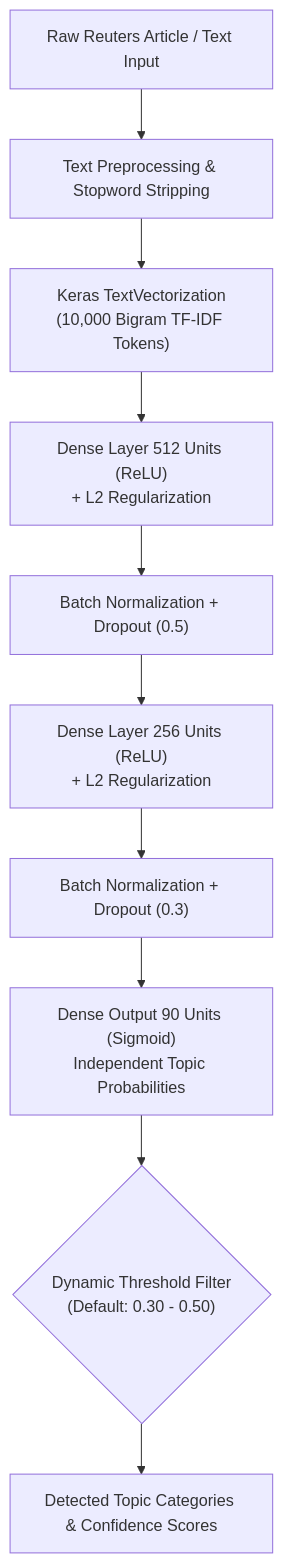
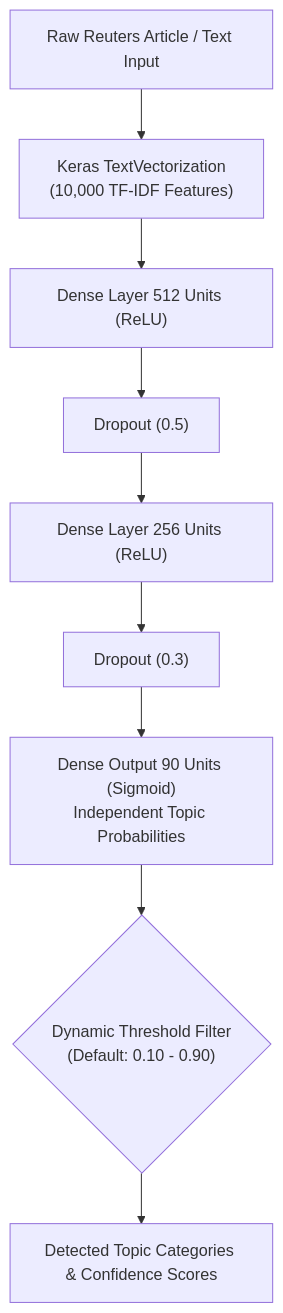
Before and after one commit to sekharjadeja/Reuters_ANN: the diagram in README.md, drawn with Mermaid. The commit also changed other lines of this file and 9 other files, not shown here.

Commit message:
Fix startup crash, export IDF weights, uncap UI predictions, and align architecture docs

````diff
--- a/README.md
+++ b/README.md
@@ -57,12 +57,11 @@
 ```mermaid
 flowchart TD
-    A["Raw Reuters Article / Text Input"] --> B["Text Preprocessing & Stopword Stripping"]
-    B --> C["Keras TextVectorization<br/>(10,000 Bigram TF-IDF Tokens)"]
-    C --> D["Dense Layer 512 Units (ReLU)<br/>+ L2 Regularization"]
-    D --> E["Batch Normalization + Dropout (0.5)"]
-    E --> F["Dense Layer 256 Units (ReLU)<br/>+ L2 Regularization"]
-    F --> G["Batch Normalization + Dropout (0.3)"]
-    G --> H["Dense Output 90 Units (Sigmoid)<br/>Independent Topic Probabilities"]
-    H --> I{"Dynamic Threshold Filter<br/>(Default: 0.30 - 0.50)"}
-    I --> J["Detected Topic Categories & Confidence Scores"]
+    A["Raw Reuters Article / Text Input"] --> B["Keras TextVectorization<br/>(10,000 TF-IDF Features)"]
+    B --> C["Dense Layer 512 Units (ReLU)"]
+    C --> D["Dropout (0.5)"]
+    D --> E["Dense Layer 256 Units (ReLU)"]
+    E --> F["Dropout (0.3)"]
+    F --> G["Dense Output 90 Units (Sigmoid)<br/>Independent Topic Probabilities"]
+    G --> H{"Dynamic Threshold Filter<br/>(Default: 0.10 - 0.90)"}
+    H --> I["Detected Topic Categories & Confidence Scores"]
 ```
````
